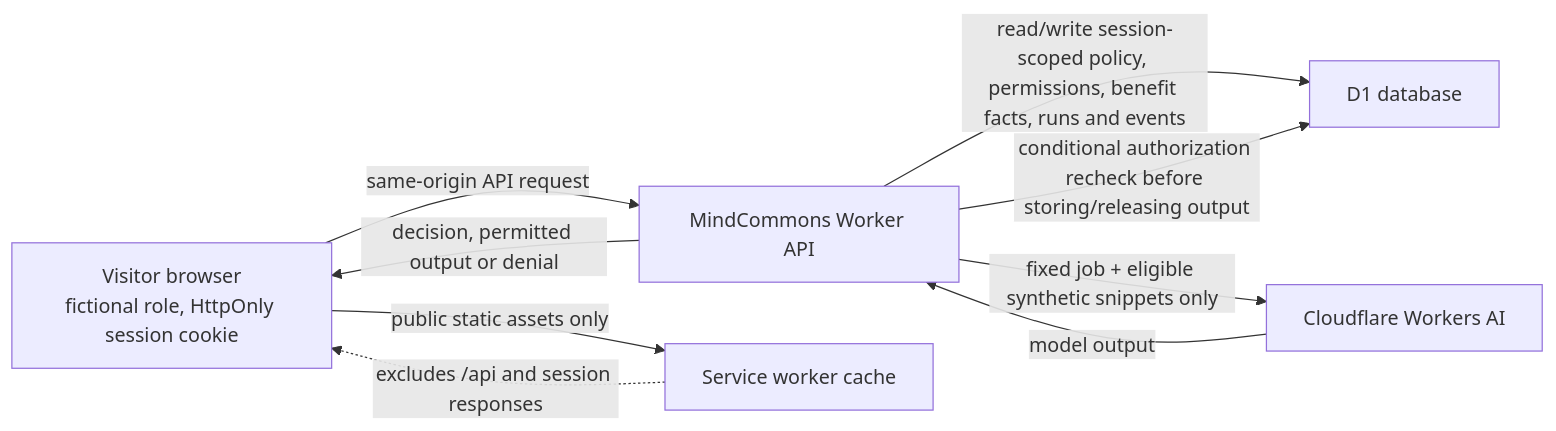
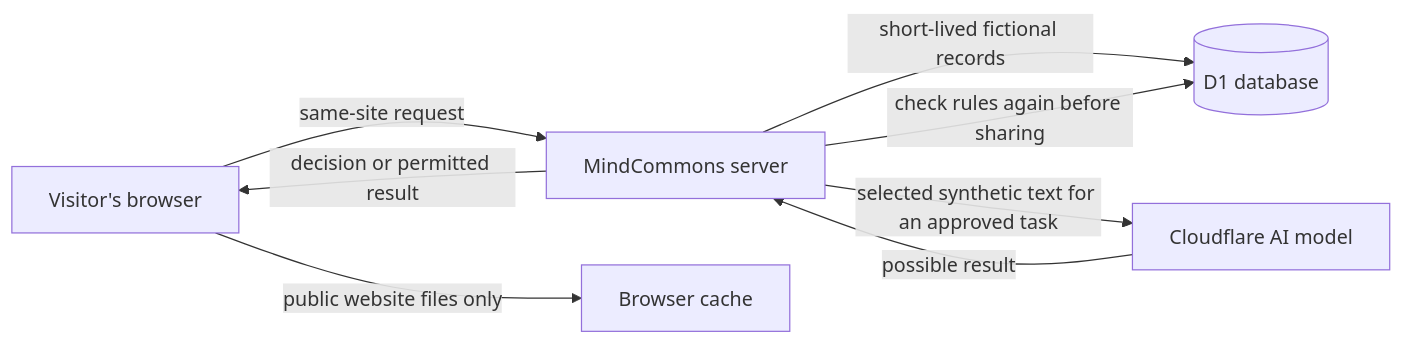
One commit to Bepoadewale/mindcommons changed the diagram in docs/security/threat-model.md. Above: the diagram before and after it, drawn with Mermaid. The commit also changed other lines of this file and 30 other files, not shown here.

Commit message:
docs: explain MindCommons in plain English (#50)

````diff
--- a/docs/security/threat-model.md
+++ b/docs/security/threat-model.md
@@ -31,11 +27,10 @@
 ```mermaid
 flowchart LR
-  B[Visitor browser<br/>fictional role, HttpOnly session cookie] -->|same-origin API request| W[MindCommons Worker API]
-  B -->|public static assets only| SW[Service worker cache]
-  SW -. excludes /api and session responses .-> B
-  W -->|read/write session-scoped policy, permissions, benefit facts, runs and events| D[D1 database]
-  W -->|fixed job + eligible synthetic snippets only| A[Cloudflare Workers AI]
-  A -->|model output| W
-  W -->|conditional authorization recheck before storing/releasing output| D
-  W -->|decision, permitted output or denial| B
+  B[Visitor's browser] -->|same-site request| W[MindCommons server]
+  W -->|short-lived fictional records| D[(D1 database)]
+  W -->|selected synthetic text for an approved task| A[Cloudflare AI model]
+  A -->|possible result| W
+  W -->|check rules again before sharing| D
+  W -->|decision or permitted result| B
+  B -->|public website files only| C[Browser cache]
 ```
````
